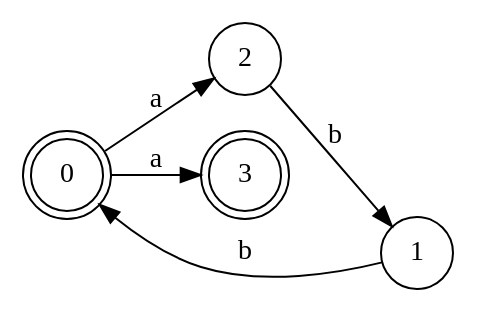
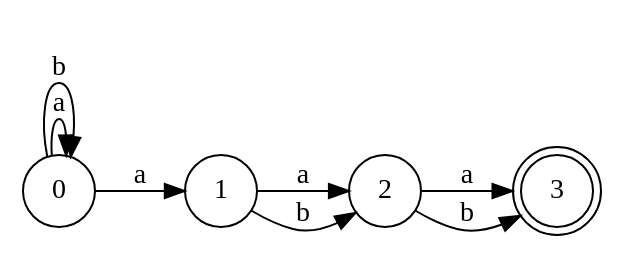
The diagram in Output/Data/afn.dot (DinizKaua/AFNtoAFD), drawn with Graphviz before and after one commit. The commit also changed 7 other files, not shown here.

```diff
--- a/Output/Data/afn.dot
+++ b/Output/Data/afn.dot
@@ -1,11 +1,14 @@
 digraph AFN {
 rankdir=LR;
-0 [shape=doublecircle];
-0 -> 2 [label="a"];
-0 -> 3 [label="a"];
+0 [shape=circle];
+0 -> 0 [label="a"];
+0 -> 1 [label="a"];
+0 -> 0 [label="b"];
 1 [shape=circle];
-1 -> 0 [label="b"];
+1 -> 2 [label="a"];
+1 -> 2 [label="b"];
 2 [shape=circle];
-2 -> 1 [label="b"];
+2 -> 3 [label="a"];
+2 -> 3 [label="b"];
 3 [shape=doublecircle];
 }
```
